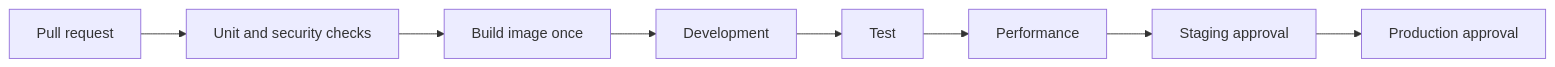
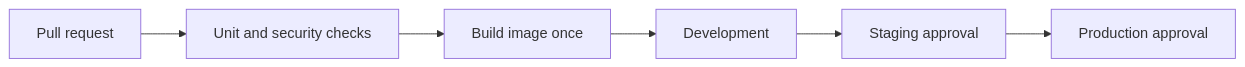
Before and after one commit to xxseehome/cloud-native-online-bookstore: the diagram in docs/environment-strategy.md, drawn with Mermaid. The commit also changed other lines of this file and 2 other files, not shown here.

````diff
--- a/docs/environment-strategy.md
+++ b/docs/environment-strategy.md
@@ -36,10 +33,8 @@
 ```mermaid
 flowchart LR
     PR[Pull request] --> CI[Unit and security checks]
     CI --> Build[Build image once]
     Build --> Dev[Development]
-    Dev --> Test[Test]
-    Test --> Perf[Performance]
-    Perf --> Staging[Staging approval]
+    Dev --> Staging[Staging approval]
     Staging --> Production[Production approval]
 ```
````
